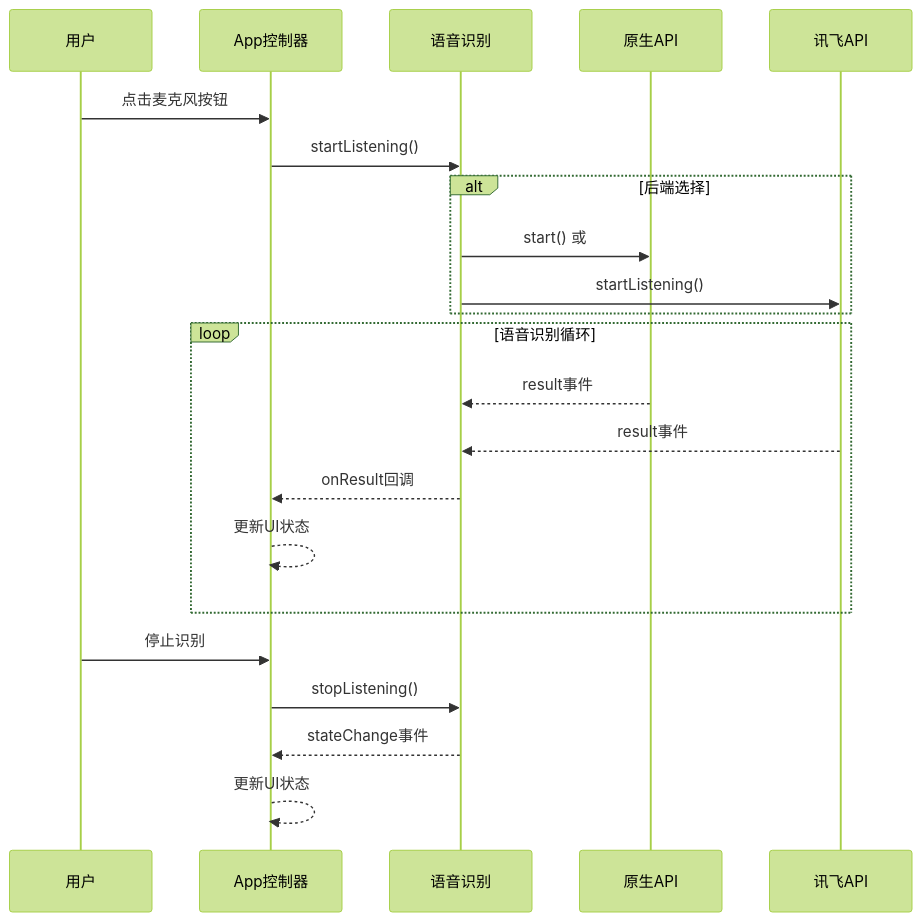
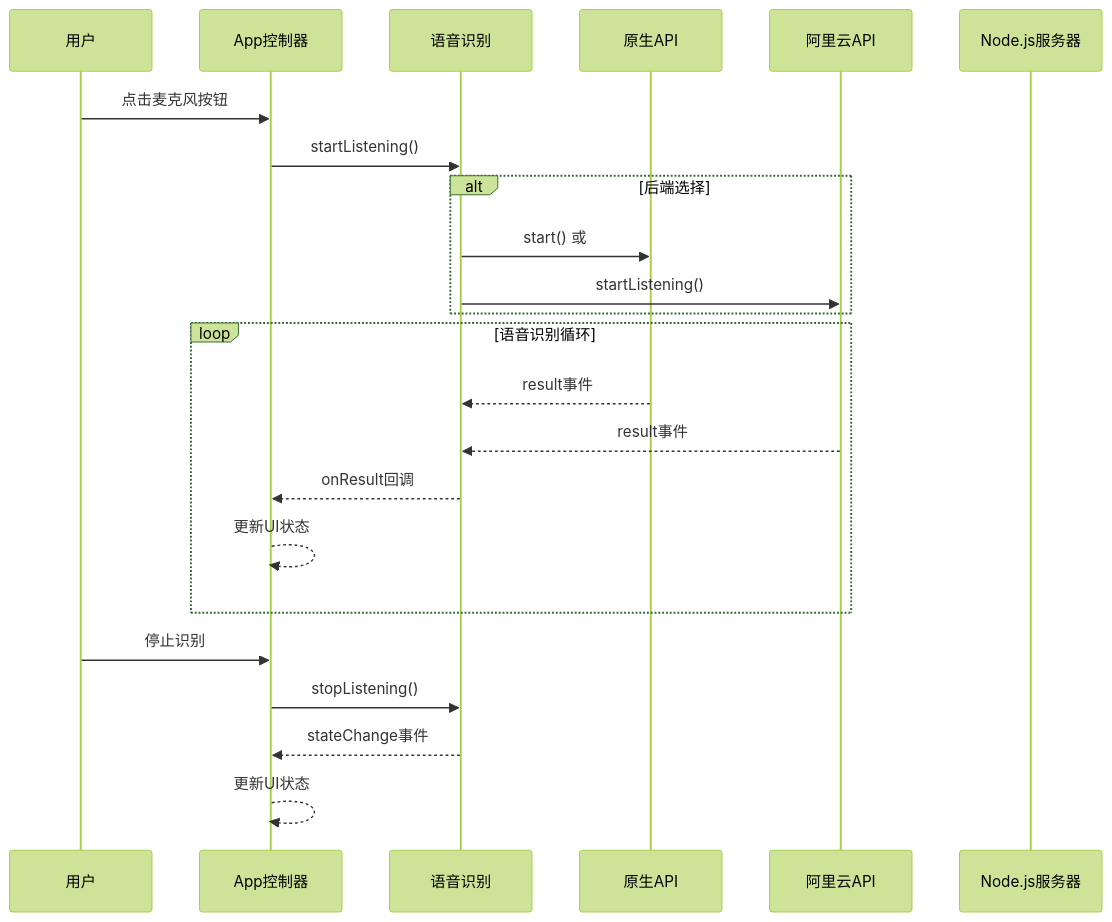
One commit to db300/MySpeechRecognition changed the fourth of 15 diagrams in .qoder/repowiki/zh/content/核心架构设计/核心架构设计.md. Above: the diagram before and after it, drawn with Mermaid (forest theme). The commit also changed other lines of this file and 26 other files, not shown here.

````diff
--- a/.qoder/repowiki/zh/content/核心架构设计/核心架构设计.md
+++ b/.qoder/repowiki/zh/content/核心架构设计/核心架构设计.md
@@ -147,24 +181,25 @@
 ```mermaid
 sequenceDiagram
 participant User as 用户
 participant App as App控制器
 participant Speech as 语音识别
 participant Native as 原生API
-participant Xfyun as 讯飞API
+participant Aliyun as 阿里云API
+participant Server as Node.js服务器
 User->>App : 点击麦克风按钮
 App->>Speech : startListening()
 alt 后端选择
 Speech->>Native : start() 或
-Speech->>Xfyun : startListening()
+Speech->>Aliyun : startListening()
 end
 loop 语音识别循环
 Native-->>Speech : result事件
-Xfyun-->>Speech : result事件
+Aliyun-->>Speech : result事件
 Speech-->>App : onResult回调
 App-->>App : 更新UI状态
 end
 User->>App : 停止识别
 App->>Speech : stopListening()
 Speech-->>App : stateChange事件
 App-->>App : 更新UI状态
 ```
````
